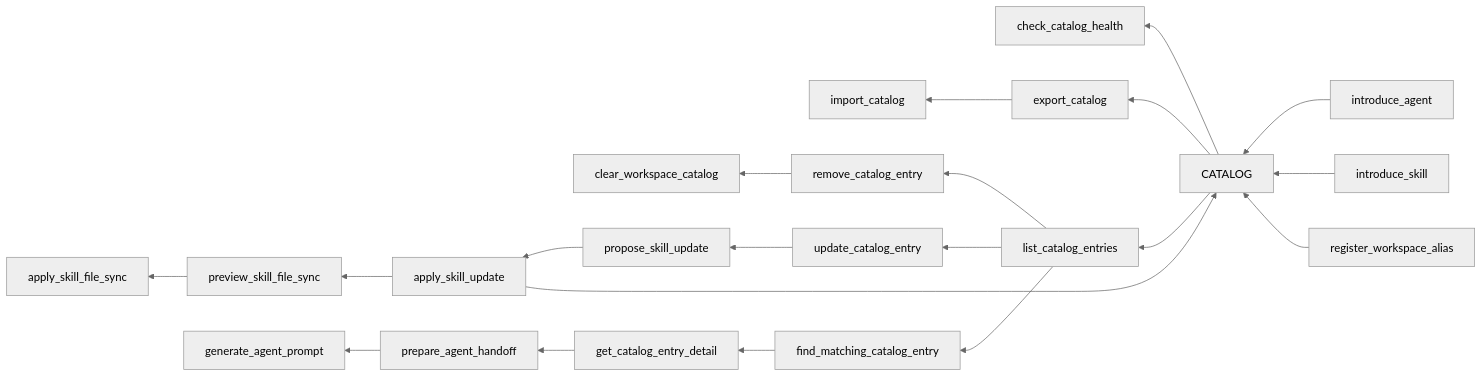
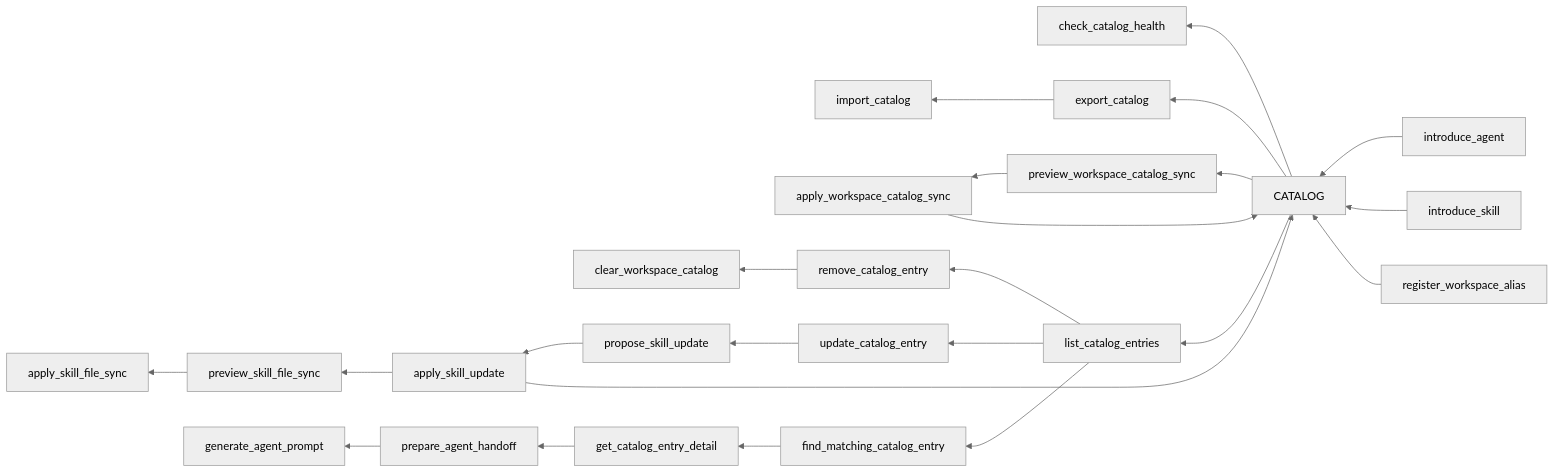
Before and after one commit to okanaslan/lor-mcp: the diagram in README.md, drawn with Mermaid (neutral theme). The commit also changed other lines of this file and 14 other files, not shown here.

First line of the commit message:
feat(catalog): add workspace catalog sync

````diff
--- a/README.md
+++ b/README.md
@@ -51,25 +51,28 @@
 ```mermaid
 flowchart RL
   catalog["CATALOG"]
 
   introduceAgent["introduce_agent"] --> catalog
   introduceSkill["introduce_skill"] --> catalog
   registerAlias["register_workspace_alias"] --> catalog
   catalog --> checkHealth["check_catalog_health"]
   catalog --> exportCatalog["export_catalog"]
   exportCatalog --> importCatalog["import_catalog"]
+  catalog --> previewWorkspaceSync["preview_workspace_catalog_sync"]
+  previewWorkspaceSync --> applyWorkspaceSync["apply_workspace_catalog_sync"]
+  applyWorkspaceSync --> catalog
   catalog --> listEntries["list_catalog_entries"]
 
   listEntries --> removeEntry["remove_catalog_entry"]
   removeEntry --> clearCatalog["clear_workspace_catalog"]
   listEntries --> updateEntry["update_catalog_entry"]
   updateEntry --> proposeSkillUpdate["propose_skill_update"]
   proposeSkillUpdate --> applySkillUpdate["apply_skill_update"]
   applySkillUpdate --> catalog
   applySkillUpdate --> previewSkillFileSync["preview_skill_file_sync"]
   previewSkillFileSync --> applySkillFileSync["apply_skill_file_sync"]
   listEntries --> findMatch["find_matching_catalog_entry"]
   findMatch --> detail["get_catalog_entry_detail"]
   detail --> handoff["prepare_agent_handoff"]
   handoff --> generatePrompt["generate_agent_prompt"]
 ```
````
